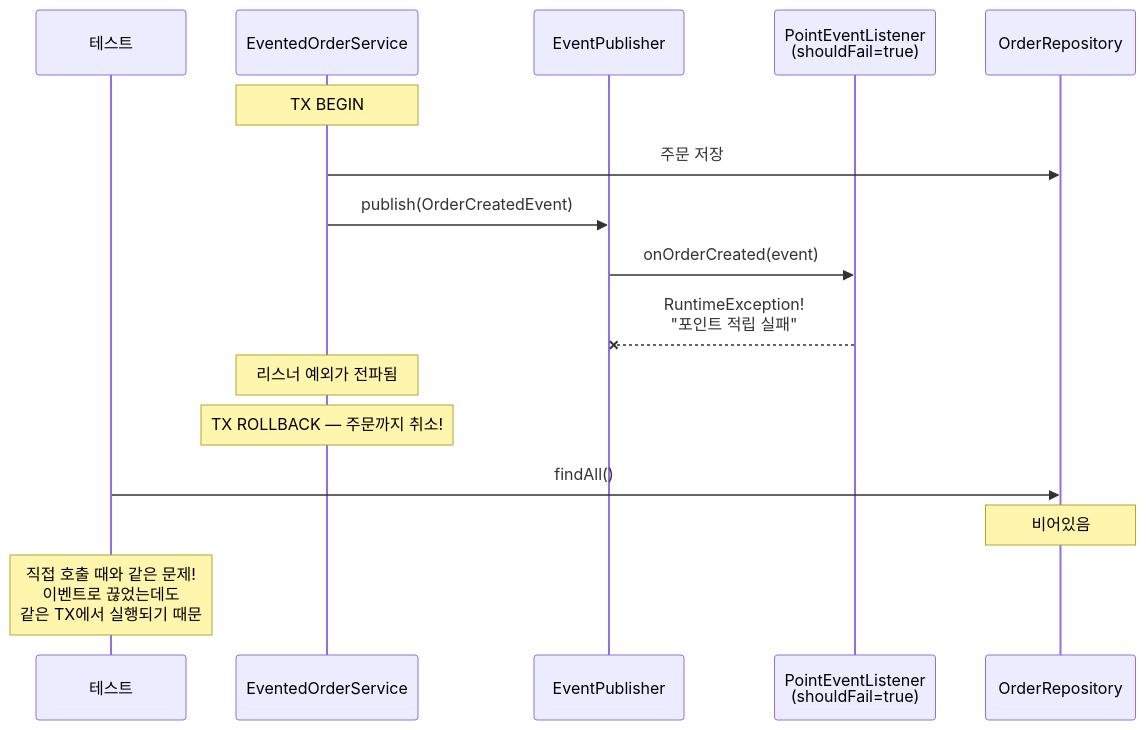
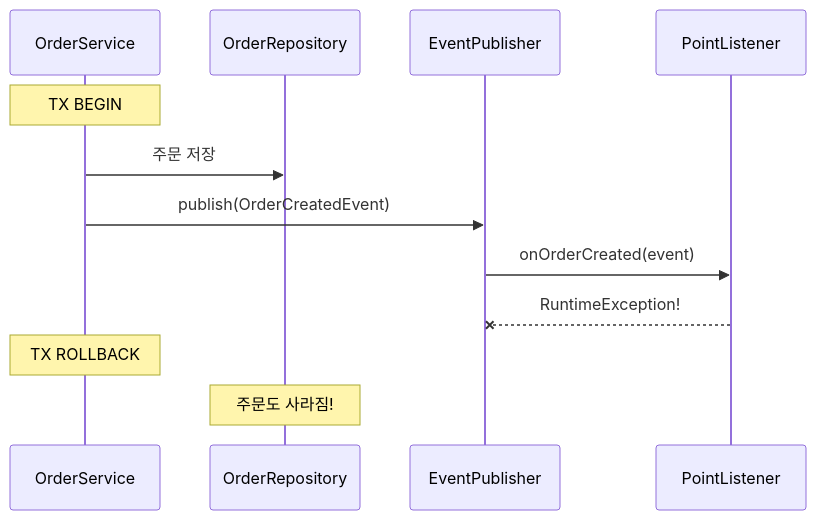
Before and after one commit to katiekim17/messaging-lab: the third of 3 diagrams in src/test/java/com/example/messaging/step1_application_event/README.md, drawn with Mermaid. The commit also changed other lines of this file, not shown here.

````diff
--- a/src/test/java/com/example/messaging/step1_application_event/README.md
+++ b/src/test/java/com/example/messaging/step1_application_event/README.md
@@ -133,22 +117,16 @@
 ```mermaid
 sequenceDiagram
-    participant Test as 테스트
-    participant OS as EventedOrderService
+    participant OS as OrderService
+    participant DB as OrderRepository
     participant EP as EventPublisher
-    participant PL as PointEventListener<br/>(shouldFail=true)
-    participant DB as OrderRepository
+    participant PL as PointListener
 
     Note over OS: TX BEGIN
     OS->>DB: 주문 저장
     OS->>EP: publish(OrderCreatedEvent)
     EP->>PL: onOrderCreated(event)
-    PL--xEP: RuntimeException!<br/>"포인트 적립 실패"
+    PL--xEP: RuntimeException!
 
-    Note over OS: 리스너 예외가 전파됨
-    Note over OS: TX ROLLBACK — 주문까지 취소!
-
-    Test->>DB: findAll()
-    Note over DB: 비어있음
-
-    Note over Test: 직접 호출 때와 같은 문제!<br/>이벤트로 끊었는데도<br/>같은 TX에서 실행되기 때문
+    Note over OS: TX ROLLBACK
+    Note over DB: 주문도 사라짐!
 ```
````
